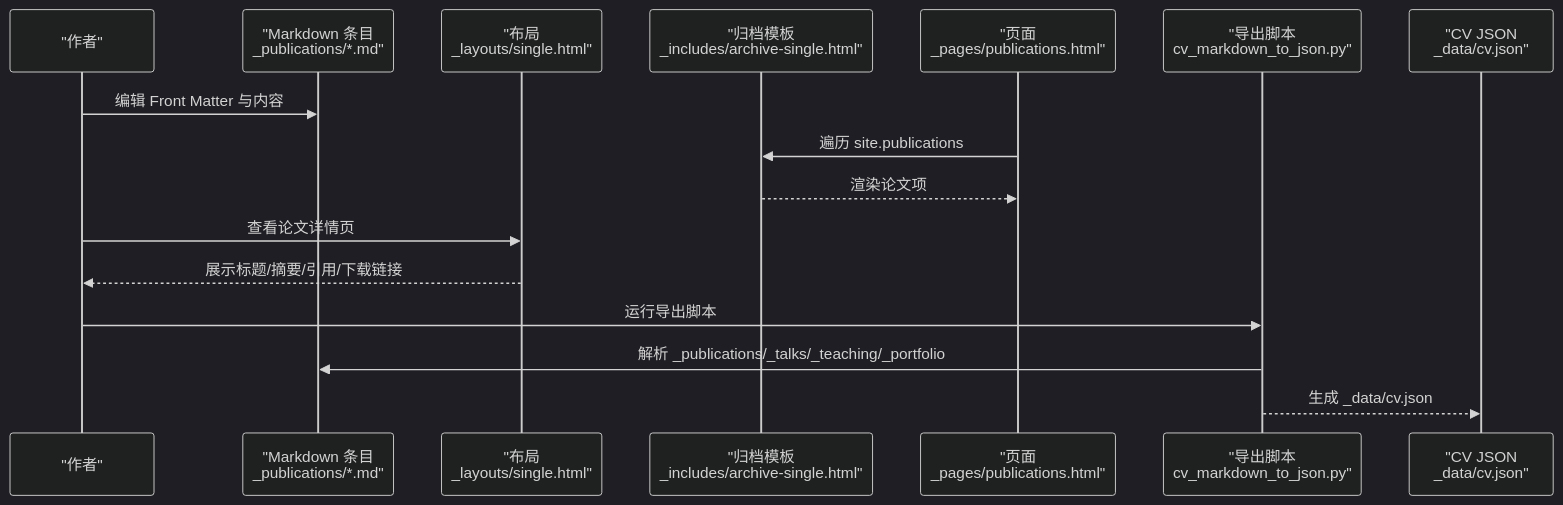
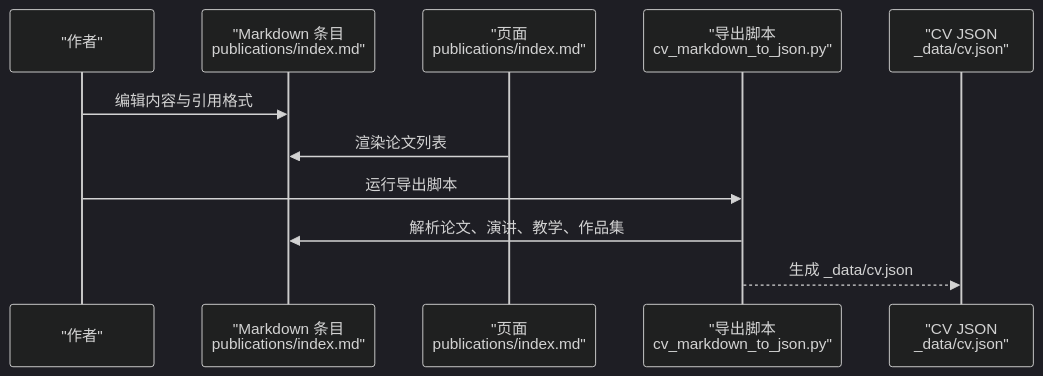
One commit to CoolPig0720/CoolPig0720.github.io changed the second of 7 diagrams in .qoder/repowiki/zh/content/内容管理系统/学术论文管理.md. Above: the diagram before and after it, drawn with Mermaid (dark theme). The commit also changed other lines of this file and 6 other files, not shown here.

````diff
--- a/.qoder/repowiki/zh/content/内容管理系统/学术论文管理.md
+++ b/.qoder/repowiki/zh/content/内容管理系统/学术论文管理.md
@@ -99,18 +84,13 @@
 ```mermaid
 sequenceDiagram
 participant U as "作者"
-participant M as "Markdown 条目<br/>_publications/*.md"
-participant L as "布局<br/>_layouts/single.html"
-participant I as "归档模板<br/>_includes/archive-single.html"
-participant P as "页面<br/>_pages/publications.html"
+participant M as "Markdown 条目<br/>publications/index.md"
+participant P as "页面<br/>publications/index.md"
 participant S as "导出脚本<br/>cv_markdown_to_json.py"
 participant J as "CV JSON<br/>_data/cv.json"
-U->>M : 编辑 Front Matter 与内容
-P->>I : 遍历 site.publications
-I-->>P : 渲染论文项
-U->>L : 查看论文详情页
-L-->>U : 展示标题/摘要/引用/下载链接
+U->>M : 编辑内容与引用格式
+P->>M : 渲染论文列表
 U->>S : 运行导出脚本
-S->>M : 解析 _publications/_talks/_teaching/_portfolio
+S->>M : 解析论文、演讲、教学、作品集
 S-->>J : 生成 _data/cv.json
 ```
````
